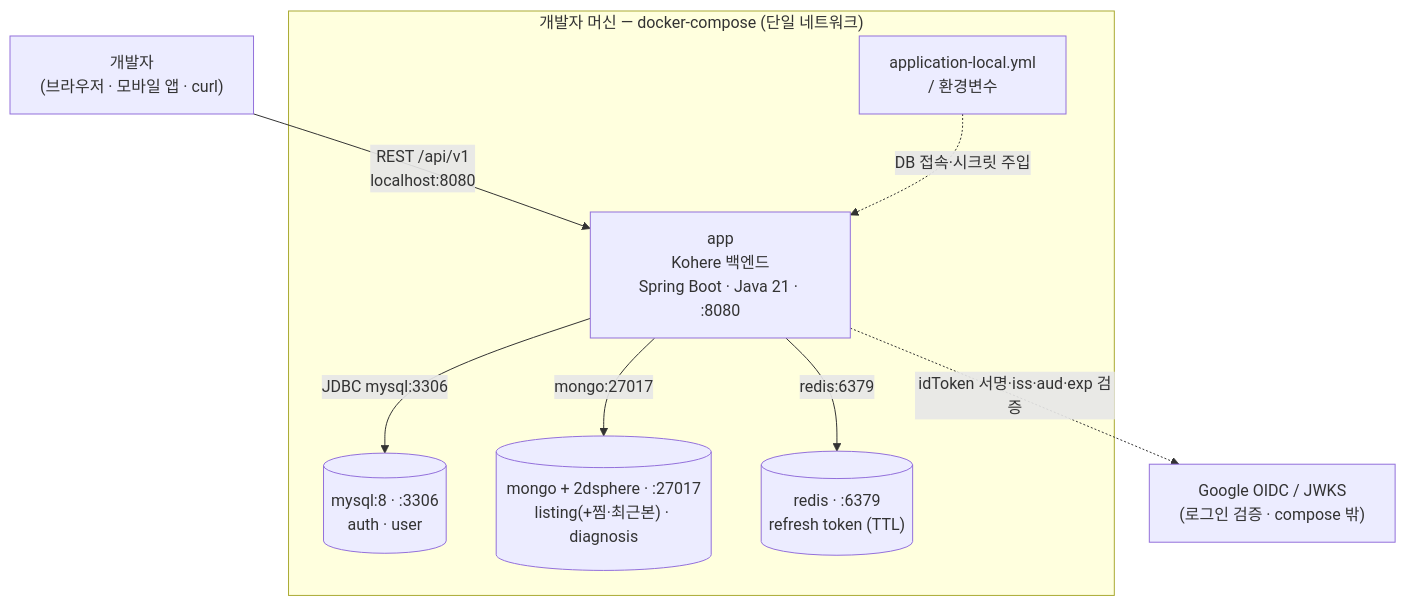
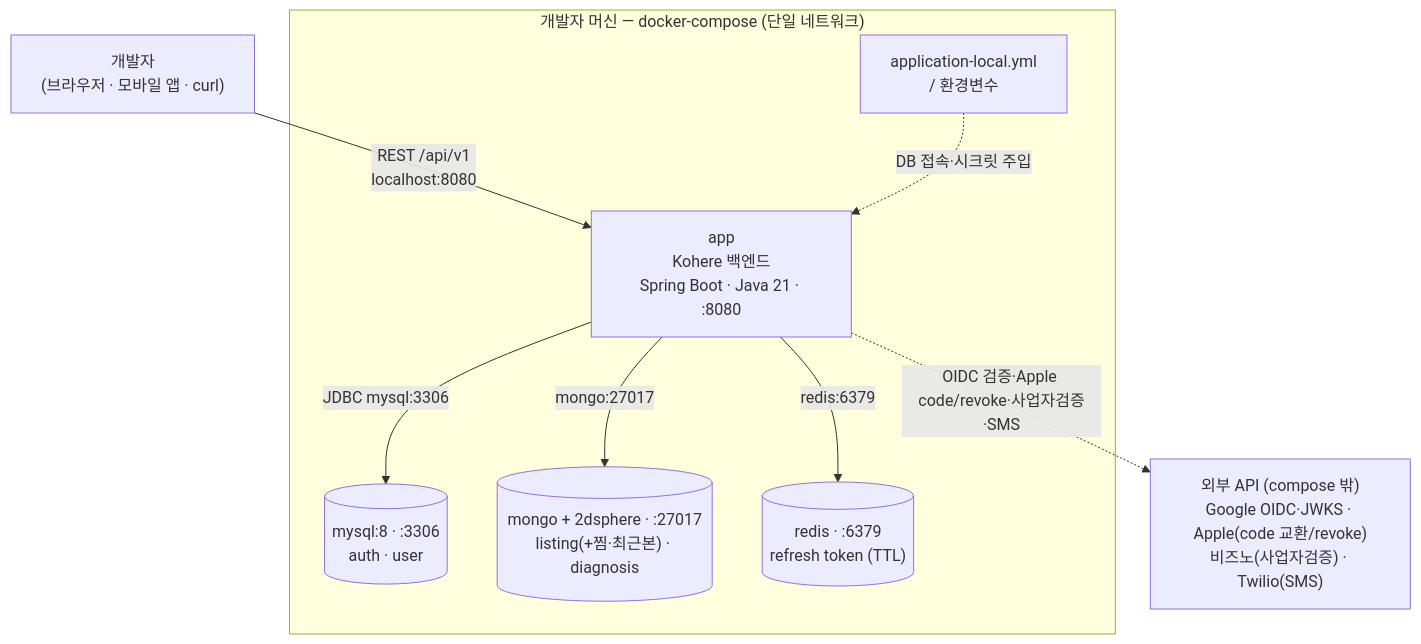
Before and after one commit to jameskim9509/Kohere-backend: the third of 5 diagrams in docs/architecture/system-overview.md, drawn with Mermaid. The commit also changed other lines of this file and 2 other files, not shown here.

````diff
--- a/docs/architecture/system-overview.md
+++ b/docs/architecture/system-overview.md
@@ -128,21 +137,21 @@
 ```mermaid
 flowchart TB
     DEV["개발자<br/>(브라우저 · 모바일 앱 · curl)"]
 
     subgraph Host["개발자 머신 — docker-compose (단일 네트워크)"]
       APP["app<br/>Kohere 백엔드<br/>Spring Boot · Java 21 · :8080"]
       CFG["application-local.yml<br/>/ 환경변수"]
       MYSQL[("mysql:8 · :3306<br/>auth · user")]
       MONGO[("mongo + 2dsphere · :27017<br/>listing(+찜·최근본) · diagnosis")]
       REDIS[("redis · :6379<br/>refresh token (TTL)")]
     end
 
-    EXT["Google OIDC / JWKS<br/>(로그인 검증 · compose 밖)"]
+    EXT["외부 API (compose 밖)<br/>Google OIDC·JWKS · Apple(code 교환/revoke)<br/>비즈노(사업자검증) · Twilio(SMS)"]
 
     DEV -- "REST /api/v1<br/>localhost:8080" --> APP
     CFG -. "DB 접속·시크릿 주입" .-> APP
     APP -- "JDBC  mysql:3306" --> MYSQL
     APP -- "mongo:27017" --> MONGO
     APP -- "redis:6379" --> REDIS
-    APP -. "idToken 서명·iss·aud·exp 검증" .-> EXT
+    APP -. "OIDC 검증·Apple code/revoke·사업자검증·SMS" .-> EXT
 ```
````
